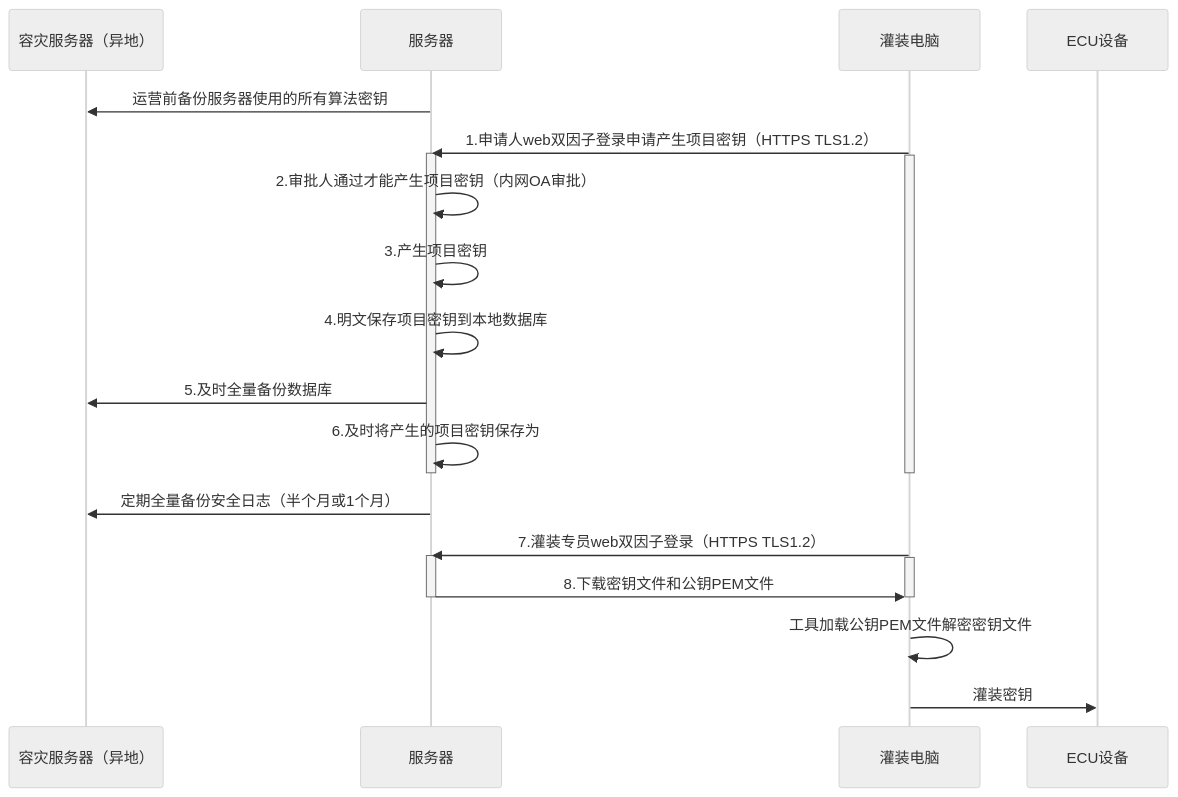
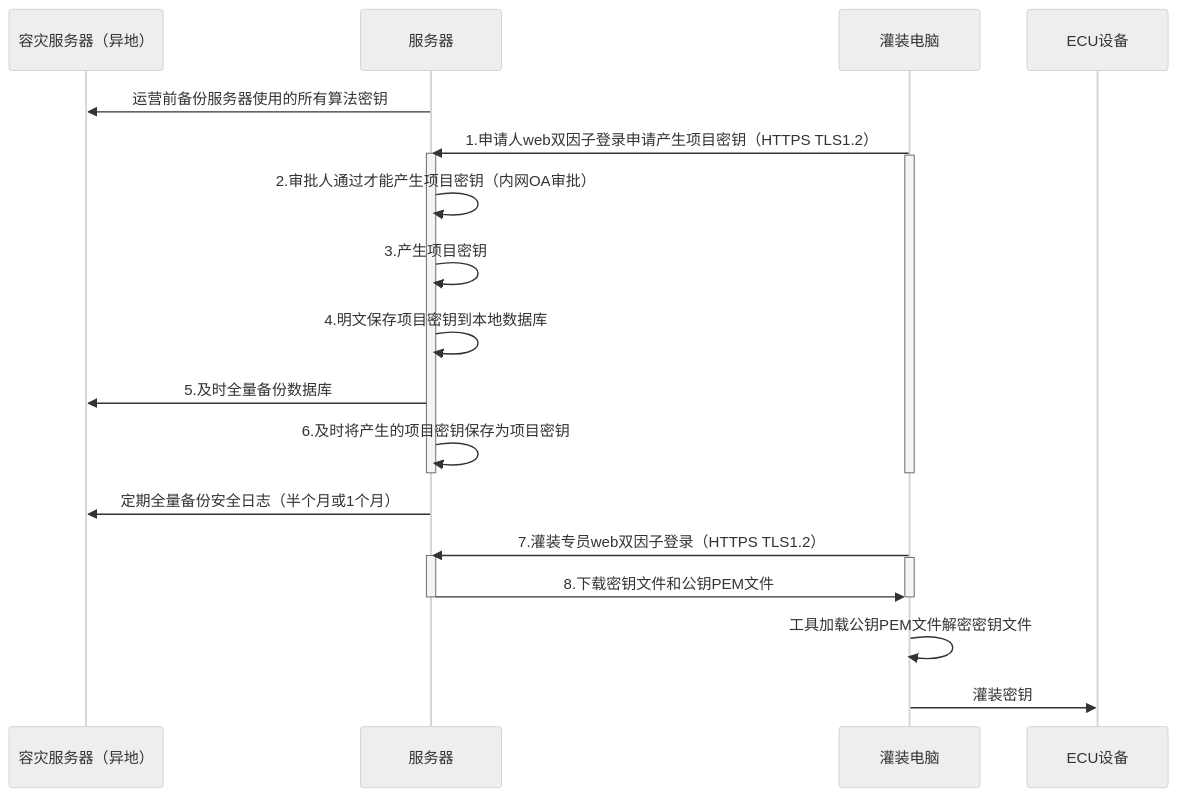
Before and after one commit to facebook-cloud/iodraw-files: the diagram in all/未命名-17.md, drawn with Mermaid (neutral theme).

Commit message:
2026-03-05 20:49:36 update

````diff
--- a/all/未命名-17.md
+++ b/all/未命名-17.md
@@ -1,32 +1,32 @@
 ```mermaid
 sequenceDiagram
     participant A as 容灾服务器（异地）
     participant B as 服务器
     participant D as 灌装电脑
     participant E as ECU设备
 
     B->>A: 运营前备份服务器使用的所有算法密钥
     D->>B: 1.申请人web双因子登录申请产生项目密钥（HTTPS TLS1.2）
     activate B
     activate D
     B->>B: 2.审批人通过才能产生项目密钥（内网OA审批）
     B->>B: 3.产生项目密钥
     B->>B: 4.明文保存项目密钥到本地数据库
     B->>A: 5.及时全量备份数据库
-    B->>B: 6.及时将产生的项目密钥保存为
+    B->>B: 6.及时将产生的项目密钥保存为项目密钥
     deactivate B
     deactivate D
 
     B->>A: 定期全量备份安全日志（半个月或1个月）
     
     D->>B: 7.灌装专员web双因子登录（HTTPS TLS1.2）
     activate B
     activate D
     B->>D: 8.下载密钥文件和公钥PEM文件
     deactivate B
     deactivate D
 
     D->>D:工具加载公钥PEM文件解密密钥文件
     
     D->>E: 灌装密钥
 ```
````
